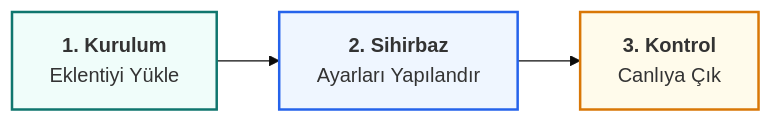
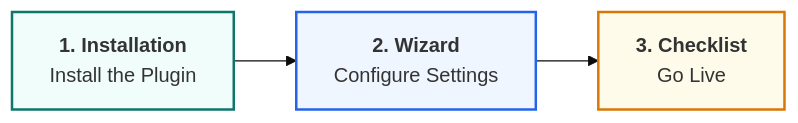
One commit to MaxHandMade/mhm-rentiva-docs changed the diagram in docs/01-getting-started/reading-order.md. Above: the diagram before and after it, drawn with Mermaid (base theme). The commit also changed other lines of this file and 347 other files, not shown here.

````diff
--- a/docs/01-getting-started/reading-order.md
+++ b/docs/01-getting-started/reading-order.md
@@ -53,9 +53,9 @@
 ```mermaid
 graph LR
-    A[<b>1. Kurulum</b><br/>Eklentiyi Yükle] --> B[<b>2. Sihirbaz</b><br/>Ayarları Yapılandır]
-    B --> C[<b>3. Kontrol</b><br/>Canlıya Çık]
+    A[<b>1. Installation</b><br/>Install the Plugin] --> B[<b>2. Wizard</b><br/>Configure Settings]
+    B --> C[<b>3. Checklist</b><br/>Go Live]
     
     style A fill:#f0fdfa,stroke:#0f766e,stroke-width:2px
     style B fill:#eff6ff,stroke:#2563eb,stroke-width:2px
     style C fill:#fffbeb,stroke:#d97706,stroke-width:2px
 ```
````
